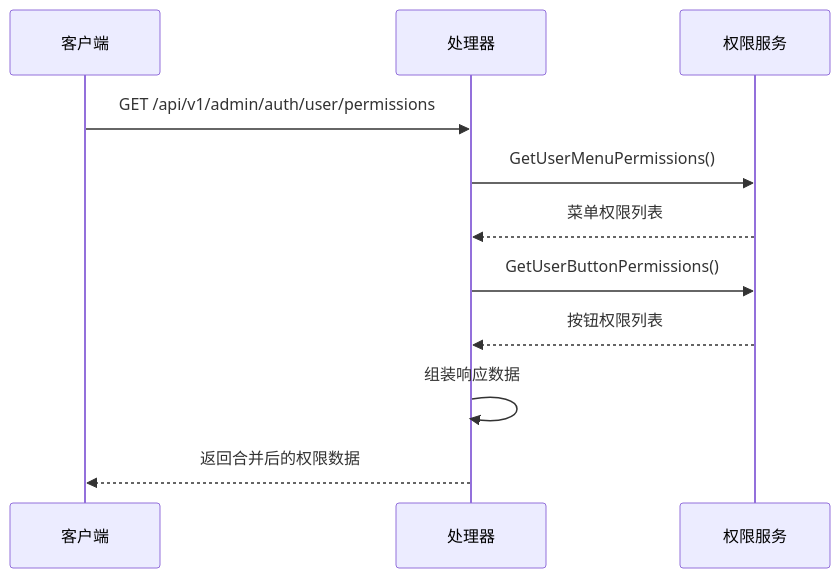
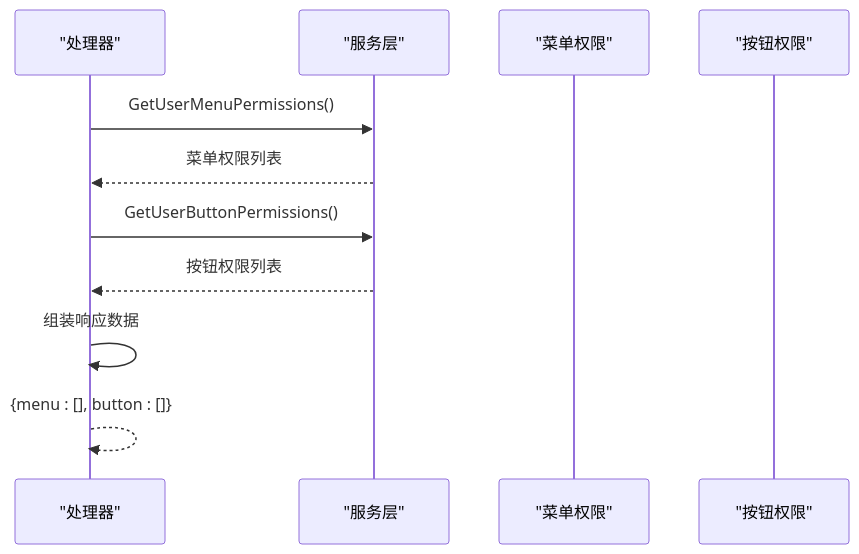
One commit to wuwuseo/e-sports-go-admin changed the fifth of 9 diagrams in .qoder/repowiki/zh/content/API接口文档/用户权限查询接口.md. Above: the diagram before and after it, drawn with Mermaid. The commit also changed other lines of this file and 141 other files, not shown here.

````diff
--- a/.qoder/repowiki/zh/content/API接口文档/用户权限查询接口.md
+++ b/.qoder/repowiki/zh/content/API接口文档/用户权限查询接口.md
@@ -381,13 +222,13 @@
 ```mermaid
 sequenceDiagram
-participant Client as 客户端
-participant Handler as 处理器
-participant Service as 权限服务
-Client->>Handler : GET /api/v1/admin/auth/user/permissions
+participant Handler as "处理器"
+participant Service as "服务层"
+participant Menu as "菜单权限"
+participant Button as "按钮权限"
 Handler->>Service : GetUserMenuPermissions()
 Service-->>Handler : 菜单权限列表
 Handler->>Service : GetUserButtonPermissions()
 Service-->>Handler : 按钮权限列表
 Handler->>Handler : 组装响应数据
-Handler-->>Client : 返回合并后的权限数据
+Handler-->>Handler : {menu : [], button : []}
 ```
````
